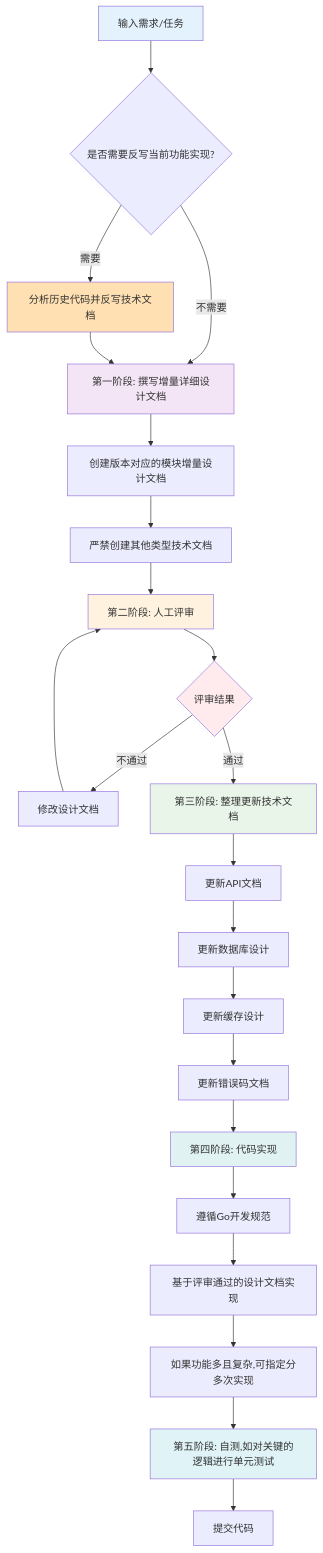
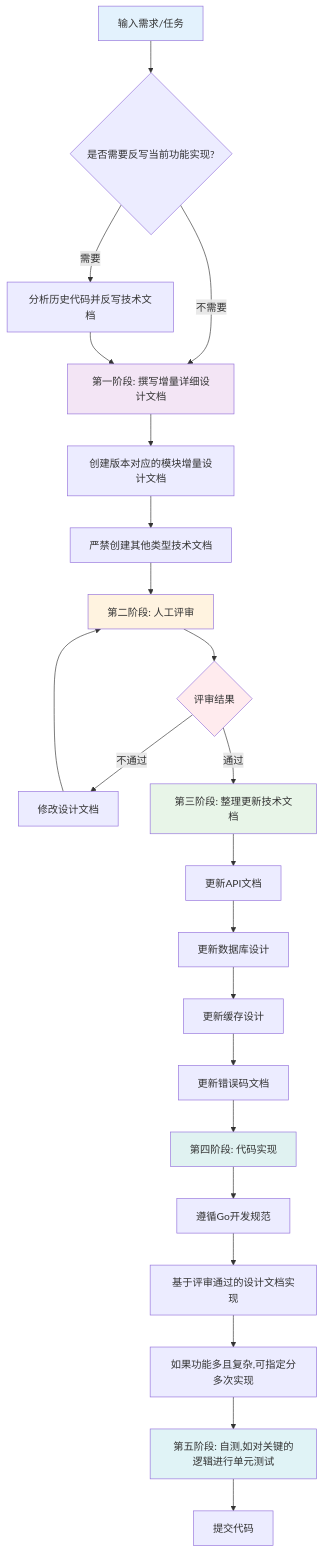
Before and after one commit to yingjianzh/iodraw-files: the diagram in all/未命名-3.md, drawn with Mermaid.

Commit message:
2025-10-23 17:59:28 update

````diff
--- a/all/未命名-3.md
+++ b/all/未命名-3.md
@@ -1,34 +1,33 @@
 ```mermaid
 flowchart TD
     A[输入需求/任务] --> B{是否需要反写当前功能实现?}
     B -->|需要| C[分析历史代码并反写技术文档]
     B -->|不需要| D[第一阶段: 撰写增量详细设计文档]
     C --> D
     
     D --> E[创建版本对应的模块增量设计文档]
     E --> F[严禁创建其他类型技术文档]
     F --> G[第二阶段: 人工评审]
     G --> H{评审结果}
     H -->|不通过| I[修改设计文档]
     I --> G
     H -->|通过| J[第三阶段: 整理更新技术文档]
     J --> K[更新API文档]
     K --> L[更新数据库设计]
     L --> M[更新缓存设计]
     M --> N[更新错误码文档]
     N --> O[第四阶段: 代码实现]
     O --> P[遵循Go开发规范]
     P --> Q[基于评审通过的设计文档实现]
     Q --> R[如果功能多且复杂,可指定分多次实现]
     R --> S[第五阶段: 自测,如对关键的逻辑进行单元测试]
     S --> T[提交代码]
     
     style A fill:#e3f2fd
-    style C fill:#ffe0b2
     style D fill:#f3e5f5
     style G fill:#fff3e0
     style H fill:#ffebee
     style J fill:#e8f5e8
     style O fill:#e0f2f1
     style S fill:#e0f3f6
 ```
````
